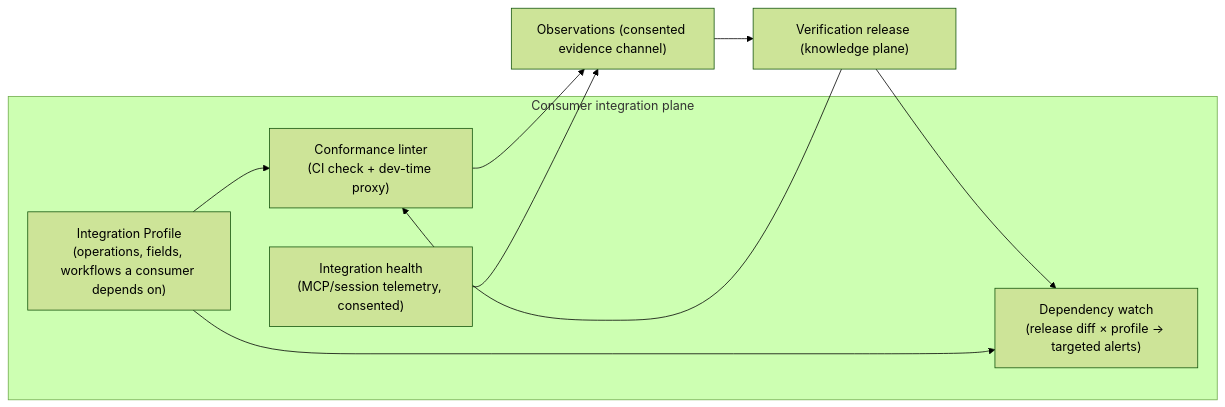
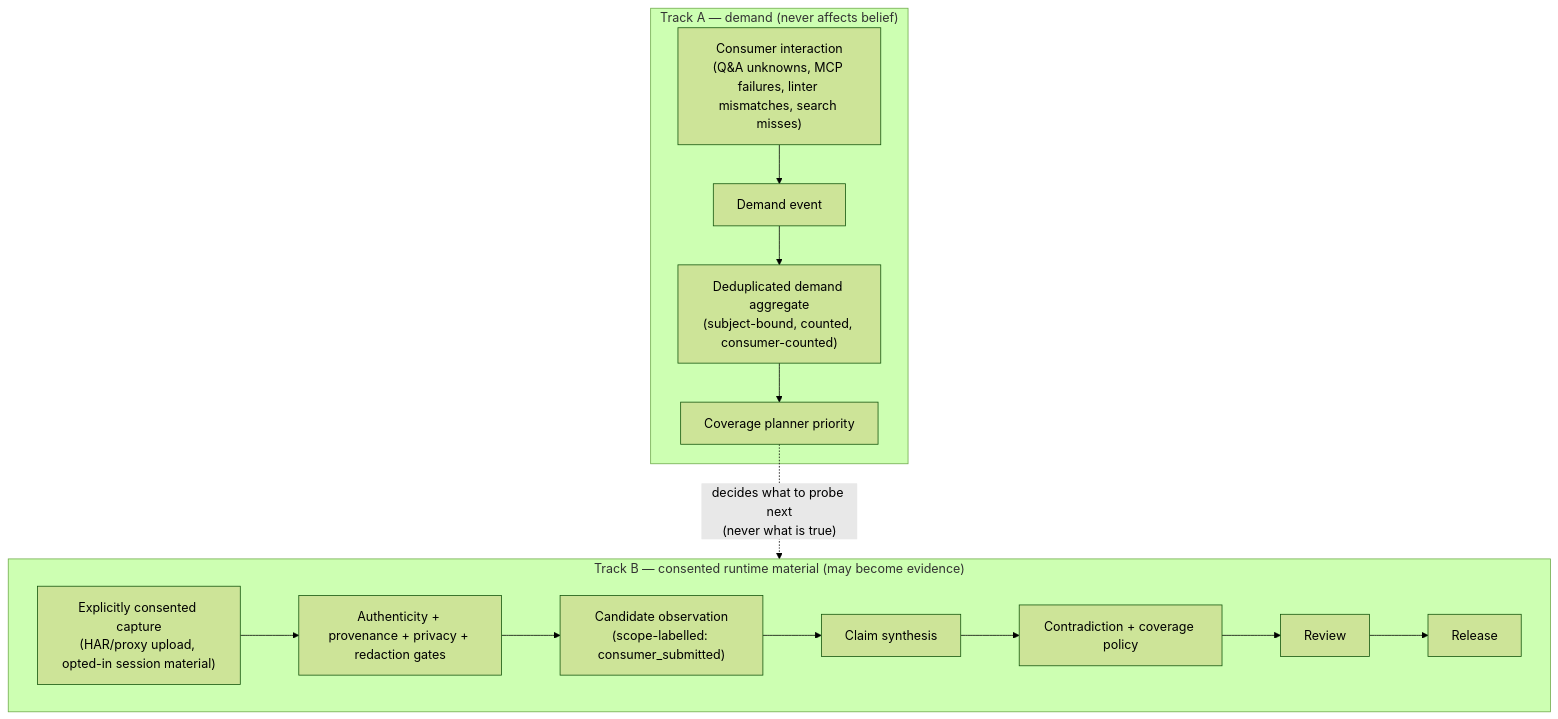
One commit to karanskush/api-integration-platform changed the diagram in GAP_ANALYSIS_2026-08-04.md. Above: the diagram before and after it, drawn with Mermaid (forest theme). The commit also changed other lines of this file, not shown here.

First line of the commit message:
docs(analysis): v2 gap analysis after adversarial verification

````diff
--- a/GAP_ANALYSIS_2026-08-04.md
+++ b/GAP_ANALYSIS_2026-08-04.md
@@ -64,17 +143,23 @@
 ```mermaid
-flowchart LR
-    subgraph Consumer["Consumer integration plane"]
-      PROF["Integration Profile\n(operations, fields, workflows a consumer depends on)"]
-      LINT["Conformance linter\n(CI check + dev-time proxy)"]
-      WATCH["Dependency watch\n(release diff × profile → targeted alerts)"]
-      HEALTH["Integration health\n(MCP/session telemetry, consented)"]
+flowchart TB
+    subgraph Track1["Track A — demand (never affects belief)"]
+      INT["Consumer interaction\n(Q&A unknowns, MCP failures, linter mismatches, search misses)"]
+      EV["Demand event"]
+      AGG["Deduplicated demand aggregate\n(subject-bound, counted, consumer-counted)"]
+      PLAN["Coverage planner priority"]
+      INT --> EV --> AGG --> PLAN
     end
 
-    RELEASE["Verification release (knowledge plane)"] --> LINT
-    RELEASE --> WATCH
-    PROF --> LINT
-    PROF --> WATCH
-    LINT --> OBS["Observations (consented evidence channel)"]
-    HEALTH --> OBS
-    OBS --> RELEASE
+    subgraph Track2["Track B — consented runtime material (may become evidence)"]
+      MAT["Explicitly consented capture\n(HAR/proxy upload, opted-in session material)"]
+      GATE["Authenticity + provenance + privacy + redaction gates"]
+      CAND["Candidate observation\n(scope-labelled: consumer_submitted)"]
+      SYN["Claim synthesis"]
+      POL["Contradiction + coverage policy"]
+      REV["Review"]
+      REL["Release"]
+      MAT --> GATE --> CAND --> SYN --> POL --> REV --> REL
+    end
+
+    PLAN -.->|"decides what to probe next\n(never what is true)"| Track2
 ```
````
